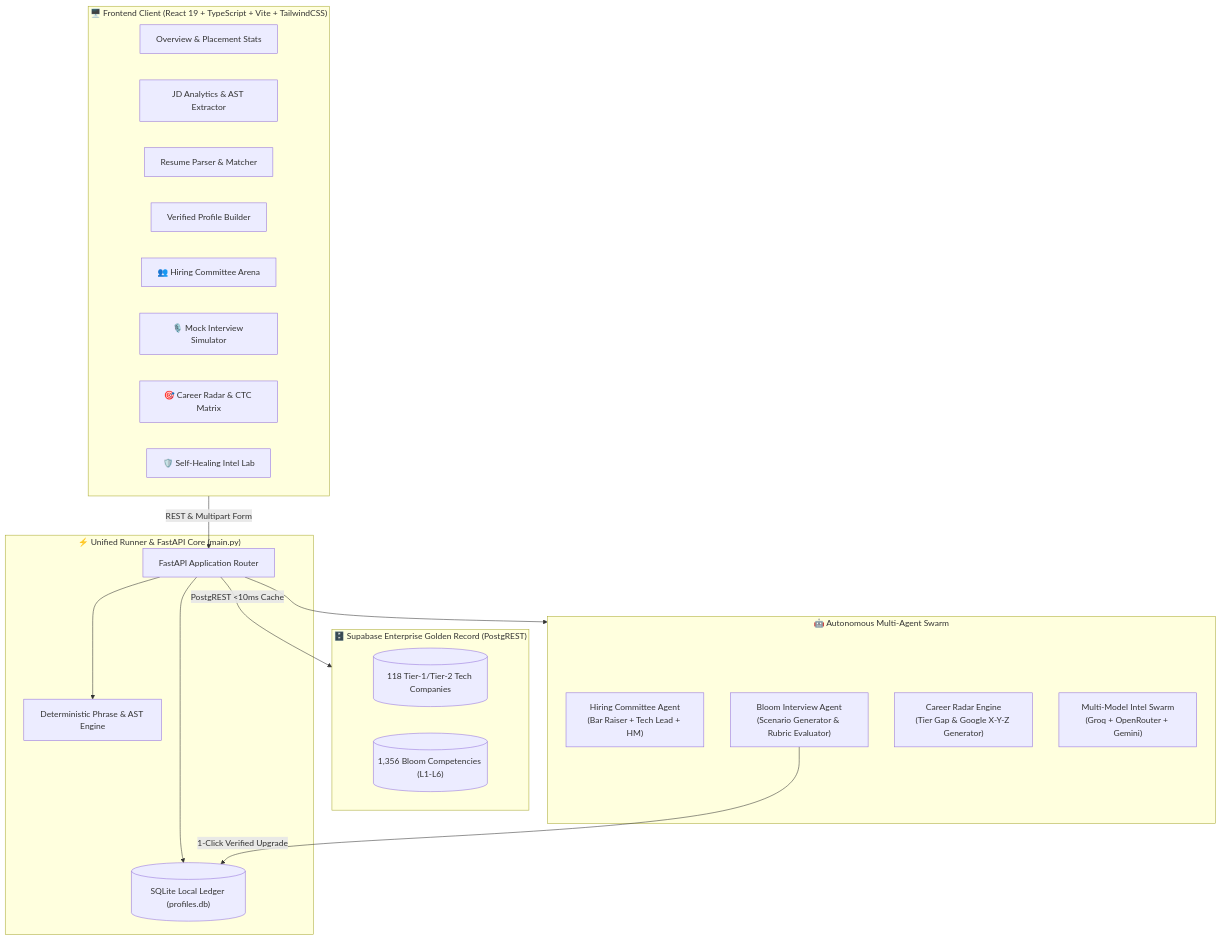
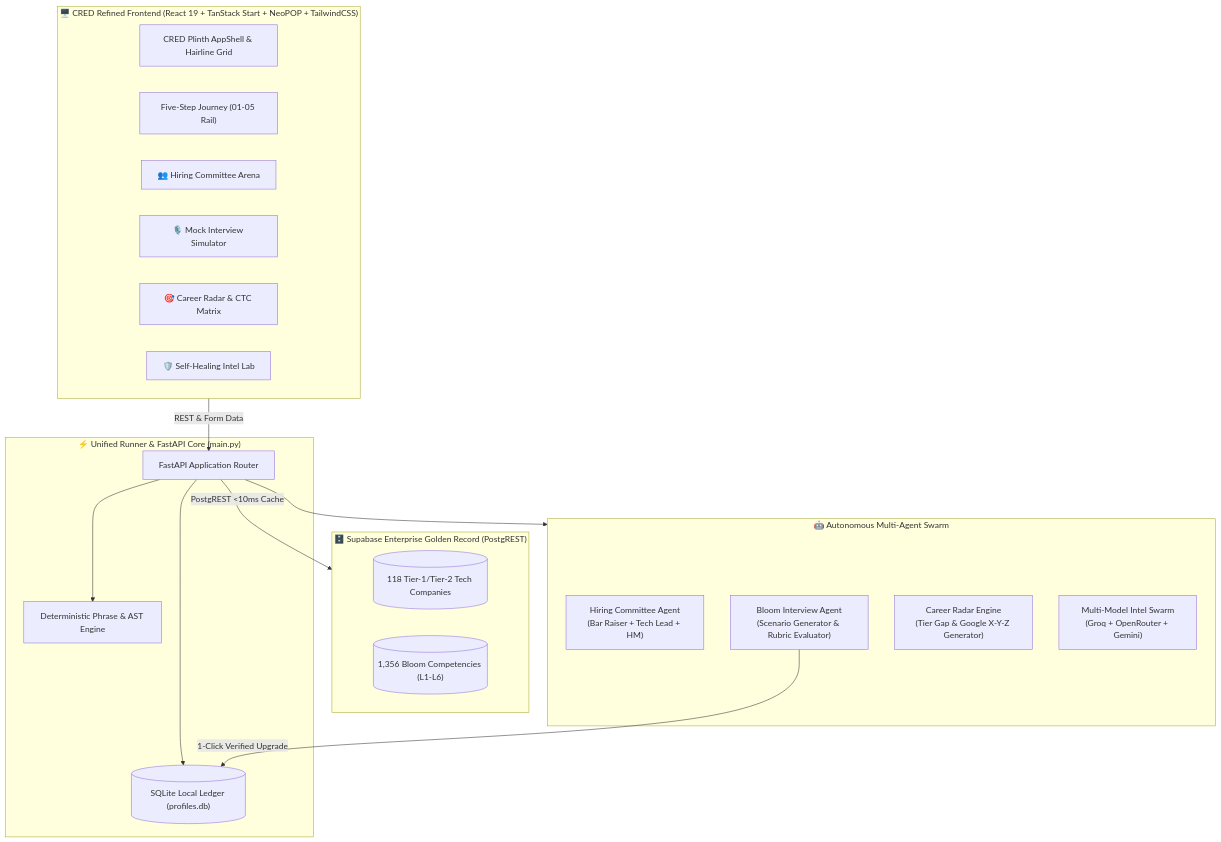
One commit to esotericdunce/radix-reapers changed the diagram in README.md. Above: the diagram before and after it, drawn with Mermaid. The commit also changed other lines of this file and 147 other files, not shown here.

Commit message:
feat(ui): integrate cred-refined-experience CRED NeoPOP interface, TanStack Start routes, and ultra-premium documentation

````diff
--- a/README.md
+++ b/README.md
@@ -52,38 +65,36 @@
 ```mermaid
 flowchart TB
-    subgraph Client["🖥️ Frontend Client (React 19 + TypeScript + Vite + TailwindCSS)"]
-        UI_Home["Overview & Placement Stats"]
-        UI_JD["JD Analytics & AST Extractor"]
-        UI_Resume["Resume Parser & Matcher"]
-        UI_Profile["Verified Profile Builder"]
+    subgraph Client["🖥️ CRED Refined Frontend (React 19 + TanStack Start + NeoPOP + TailwindCSS)"]
+        UI_Shell["CRED Plinth AppShell & Hairline Grid"]
+        UI_Journey["Five-Step Journey (01-05 Rail)"]
         UI_Committee["👥 Hiring Committee Arena"]
         UI_Interview["🎙️ Mock Interview Simulator"]
         UI_Radar["🎯 Career Radar & CTC Matrix"]
         UI_Intel["🛡️ Self-Healing Intel Lab"]
     end
 
     subgraph Server["⚡ Unified Runner & FastAPI Core (main.py)"]
         Router["FastAPI Application Router"]
         AST_Engine["Deterministic Phrase & AST Engine"]
         SQLite_DB[("SQLite Local Ledger (profiles.db)")]
     end
 
     subgraph DataStore["🗄️ Supabase Enterprise Golden Record (PostgREST)"]
         Supa_Comp[("118 Tier-1/Tier-2 Tech Companies")]
         Supa_Bloom[("1,356 Bloom Competencies (L1-L6)")]
     end
 
     subgraph AgentSwarm["🤖 Autonomous Multi-Agent Swarm"]
         Committee_Agent["Hiring Committee Agent\n(Bar Raiser + Tech Lead + HM)"]
         Interview_Agent["Bloom Interview Agent\n(Scenario Generator & Rubric Evaluator)"]
         Radar_Agent["Career Radar Engine\n(Tier Gap & Google X-Y-Z Generator)"]
         Research_Swarm["Multi-Model Intel Swarm\n(Groq + OpenRouter + Gemini)"]
     end
 
-    Client -->|REST & Multipart Form| Router
+    Client -->|REST & Form Data| Router
     Router --> AST_Engine
     Router --> SQLite_DB
     Router -->|PostgREST <10ms Cache| DataStore
     Router --> AgentSwarm
     Interview_Agent -->|1-Click Verified Upgrade| SQLite_DB
 ```
````
